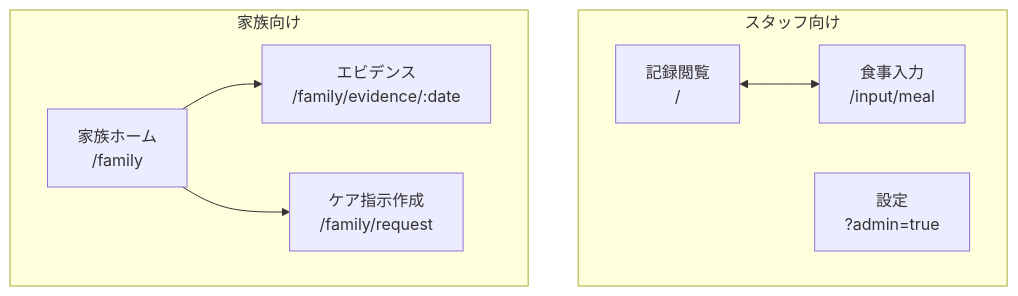
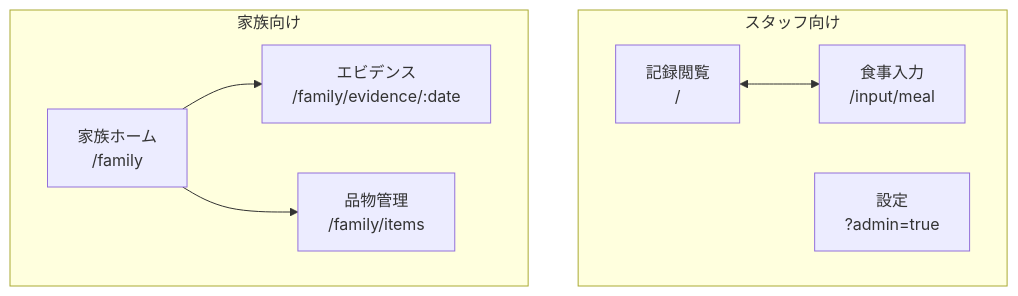
The third of 3 diagrams in README.md (yasushihonda-acg/facility-care-input-form), drawn with Mermaid before and after one commit. The commit also changed other lines of this file and 10 other files, not shown here.

````diff
--- a/README.md
+++ b/README.md
@@ -135,18 +135,18 @@
 ```mermaid
 graph TB
     subgraph Staff["スタッフ向け"]
         Home["記録閲覧<br/>/"]
         Input["食事入力<br/>/input/meal"]
         Settings["設定<br/>?admin=true"]
     end
 
     subgraph Family["家族向け"]
         FamHome["家族ホーム<br/>/family"]
         Evidence["エビデンス<br/>/family/evidence/:date"]
-        Request["ケア指示作成<br/>/family/request"]
+        Items["品物管理<br/>/family/items"]
     end
 
     Home <--> Input
     FamHome --> Evidence
-    FamHome --> Request
+    FamHome --> Items
 ```
````
